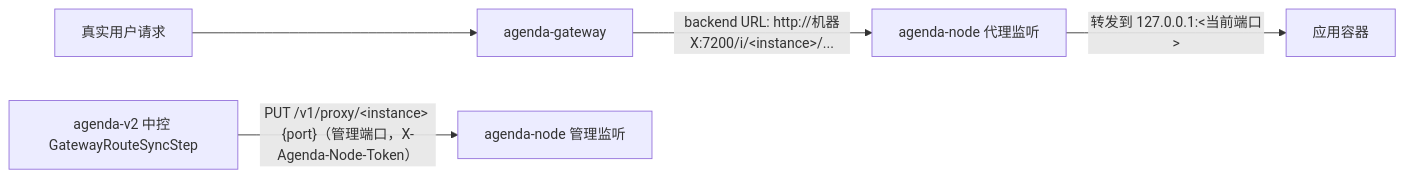
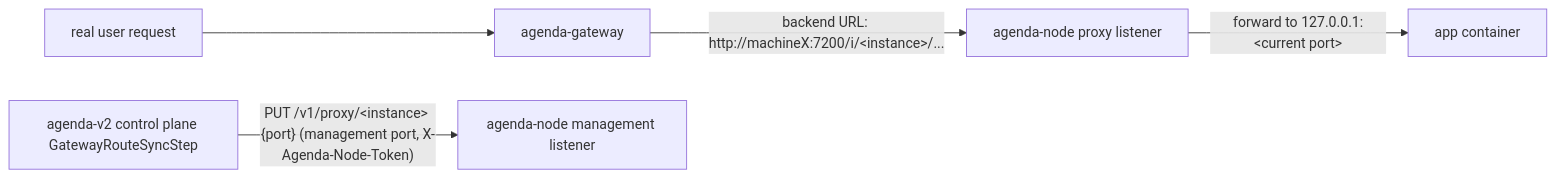
The second of 2 diagrams in doc/agenda-node-tech-design.md (FredrickUnderwood/Agenda-V2), drawn with Mermaid before and after one commit. The commit also changed other lines of this file and 5 other files, not shown here.

````diff
--- a/doc/agenda-node-tech-design.md
+++ b/doc/agenda-node-tech-design.md
@@ -418,7 +606,7 @@
 ```mermaid
 graph LR
-    U[真实用户请求] --> GW[agenda-gateway]
-    GW -- "backend URL: http://机器X:7200/i/&lt;instance&gt;/..." --> N[agenda-node 代理监听]
-    N -- "转发到 127.0.0.1:&lt;当前端口&gt;" --> C[应用容器]
-    A[agenda-v2 中控 GatewayRouteSyncStep] -- "PUT /v1/proxy/&lt;instance&gt; {port}（管理端口，X-Agenda-Node-Token）" --> M[agenda-node 管理监听]
+    U[real user request] --> GW[agenda-gateway]
+    GW -- "backend URL: http://machineX:7200/i/&lt;instance&gt;/..." --> N[agenda-node proxy listener]
+    N -- "forward to 127.0.0.1:&lt;current port&gt;" --> C[app container]
+    A[agenda-v2 control plane GatewayRouteSyncStep] -- "PUT /v1/proxy/&lt;instance&gt; {port} (management port, X-Agenda-Node-Token)" --> M[agenda-node management listener]
 ```
````
